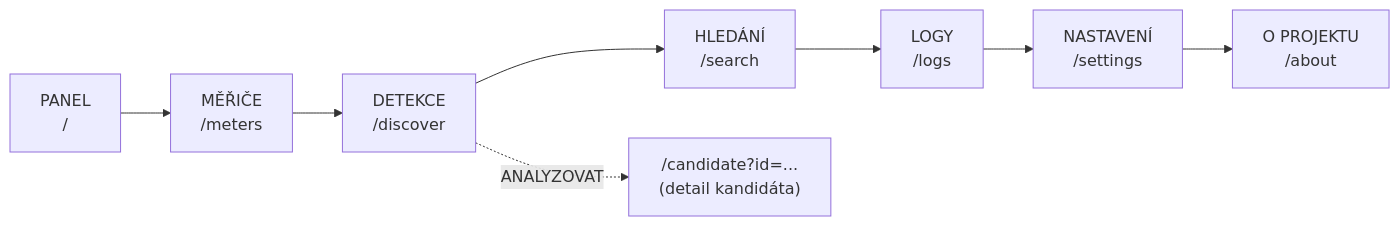
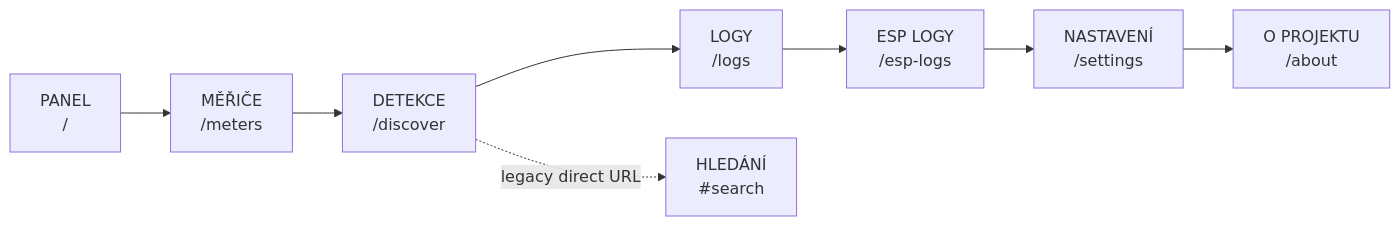
Before and after one commit to Kustonium/homeassistant-wmbus-mqtt-bridge-dev: the third of 7 diagrams in docs/README.cs.md, drawn with Mermaid. The commit also changed other lines of this file and 6 other files, not shown here.

````diff
--- a/docs/README.cs.md
+++ b/docs/README.cs.md
@@ -247,10 +246,10 @@
 ```mermaid
 flowchart LR
   N1["PANEL<br/>/"] --> N2["MĚŘIČE<br/>/meters"]
   N2 --> N3["DETEKCE<br/>/discover"]
-  N3 --> N4["HLEDÁNÍ<br/>/search"]
-  N4 --> N5["LOGY<br/>/logs"]
+  N3 --> N4["LOGY<br/>/logs"]
+  N4 --> N5["ESP LOGY<br/>/esp-logs"]
   N5 --> N6["NASTAVENÍ<br/>/settings"]
   N6 --> N7["O PROJEKTU<br/>/about"]
-  N3 -.->|ANALYZOVAT| N8["/candidate?id=...<br/>(detail kandidáta)"]
+  N3 -.->|legacy direct URL| N8["HLEDÁNÍ<br/>#search"]
 ```
````
